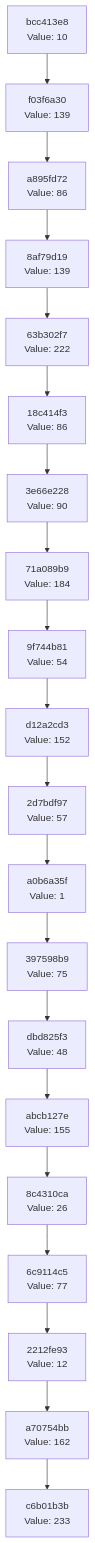
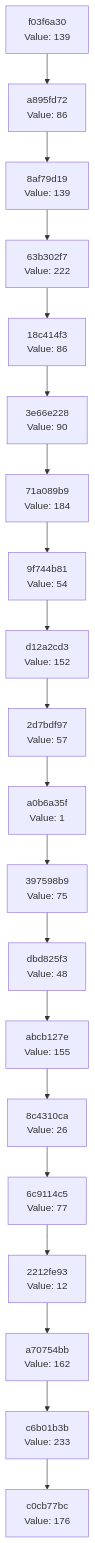
The diagram in docs/CHAIN_VISUALIZATION.md (Abhisheksinha1506/hash-chain-evolver), drawn with Mermaid before and after one commit. The commit also changed 3 other files, not shown here.

````diff
--- a/docs/CHAIN_VISUALIZATION.md
+++ b/docs/CHAIN_VISUALIZATION.md
@@ -3,42 +3,42 @@
 ```mermaid
 graph TD
-    C0["c6b01b3b<br/>Value: 233"]
-    C1["a70754bb<br/>Value: 162"]
+    C0["c0cb77bc<br/>Value: 176"]
+    C1["c6b01b3b<br/>Value: 233"]
     C1 --> C0
-    C2["2212fe93<br/>Value: 12"]
+    C2["a70754bb<br/>Value: 162"]
     C2 --> C1
-    C3["6c9114c5<br/>Value: 77"]
+    C3["2212fe93<br/>Value: 12"]
     C3 --> C2
-    C4["8c4310ca<br/>Value: 26"]
+    C4["6c9114c5<br/>Value: 77"]
     C4 --> C3
-    C5["abcb127e<br/>Value: 155"]
+    C5["8c4310ca<br/>Value: 26"]
     C5 --> C4
-    C6["dbd825f3<br/>Value: 48"]
+    C6["abcb127e<br/>Value: 155"]
     C6 --> C5
-    C7["397598b9<br/>Value: 75"]
+    C7["dbd825f3<br/>Value: 48"]
     C7 --> C6
-    C8["a0b6a35f<br/>Value: 1"]
+    C8["397598b9<br/>Value: 75"]
     C8 --> C7
-    C9["2d7bdf97<br/>Value: 57"]
+    C9["a0b6a35f<br/>Value: 1"]
     C9 --> C8
-    C10["d12a2cd3<br/>Value: 152"]
+    C10["2d7bdf97<br/>Value: 57"]
     C10 --> C9
-    C11["9f744b81<br/>Value: 54"]
+    C11["d12a2cd3<br/>Value: 152"]
     C11 --> C10
-    C12["71a089b9<br/>Value: 184"]
+    C12["9f744b81<br/>Value: 54"]
     C12 --> C11
-    C13["3e66e228<br/>Value: 90"]
+    C13["71a089b9<br/>Value: 184"]
     C13 --> C12
-    C14["18c414f3<br/>Value: 86"]
+    C14["3e66e228<br/>Value: 90"]
     C14 --> C13
-    C15["63b302f7<br/>Value: 222"]
+    C15["18c414f3<br/>Value: 86"]
     C15 --> C14
-    C16["8af79d19<br/>Value: 139"]
+    C16["63b302f7<br/>Value: 222"]
     C16 --> C15
-    C17["a895fd72<br/>Value: 86"]
+    C17["8af79d19<br/>Value: 139"]
     C17 --> C16
-    C18["f03f6a30<br/>Value: 139"]
+    C18["a895fd72<br/>Value: 86"]
     C18 --> C17
-    C19["bcc413e8<br/>Value: 10"]
+    C19["f03f6a30<br/>Value: 139"]
     C19 --> C18
 ```
````
